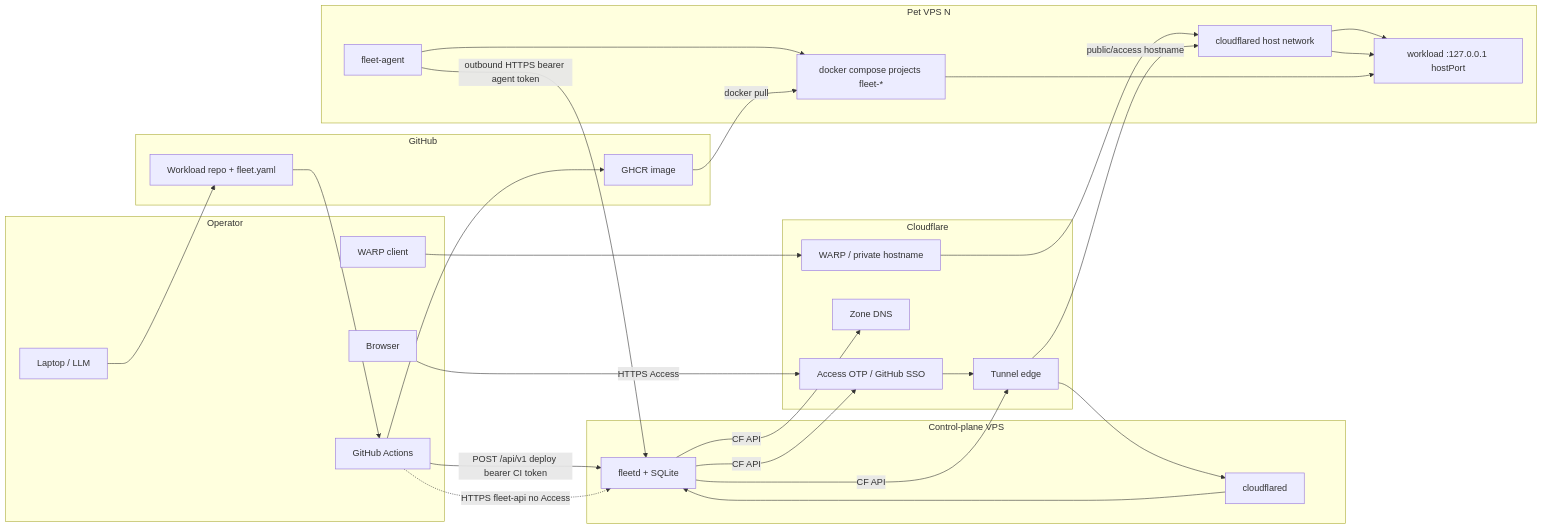
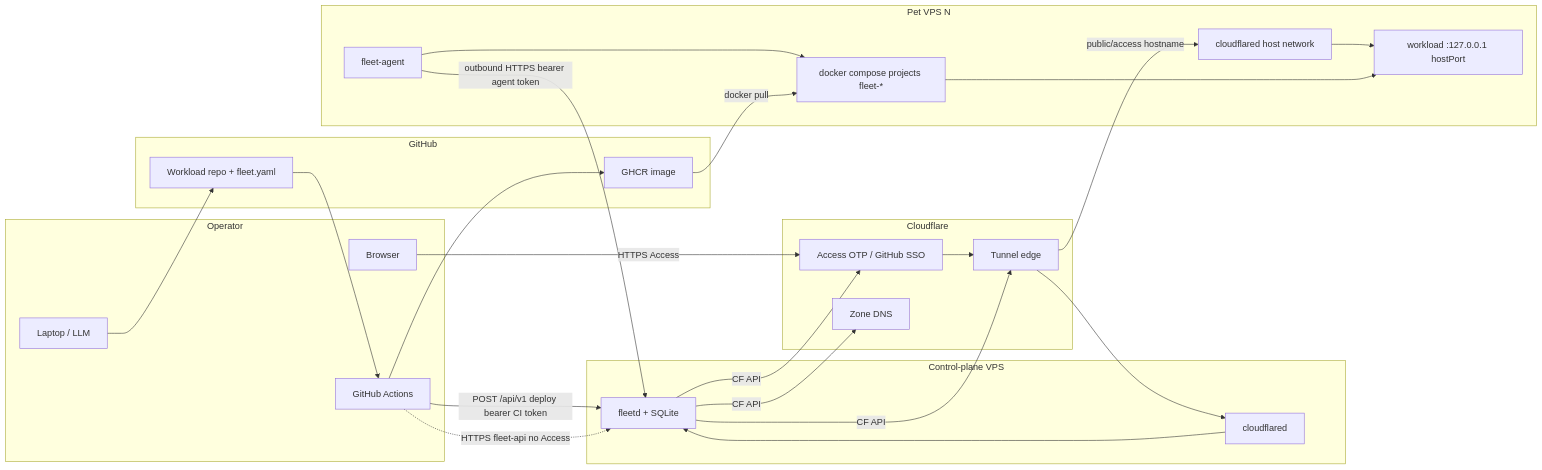
Before and after one commit to fallrising/newclear: the first of 3 diagrams in specs/fleet/docs/SDD.md, drawn with Mermaid. The commit also changed other lines of this file and 36 other files, not shown here.

````diff
--- a/specs/fleet/docs/SDD.md
+++ b/specs/fleet/docs/SDD.md
@@ -139,50 +139,47 @@
 ```mermaid
 flowchart LR
   subgraph Operator
     Dev[Laptop / LLM]
     GHA[GitHub Actions]
     Browser[Browser]
-    Warp[WARP client]
   end
 
   subgraph GitHub
     Repo[Workload repo + fleet.yaml]
     GHCR[GHCR image]
   end
 
   subgraph CF[Cloudflare]
     Edge[Tunnel edge]
     Access[Access OTP / GitHub SSO]
     DNS[Zone DNS]
-    WarpNet[WARP / private hostname]
   end
 
   subgraph CP[Control-plane VPS]
     Fleetd[fleetd + SQLite]
     CFdCP[cloudflared]
   end
 
   subgraph N1[Pet VPS N]
     Agent[fleet-agent]
     CFd[cloudflared host network]
     Comp[docker compose projects fleet-*]
     App[workload :127.0.0.1 hostPort]
   end
 
   Dev --> Repo
   Repo --> GHA
   GHA --> GHCR
   GHA -->|POST /api/v1 deploy bearer CI token| Fleetd
   Browser -->|HTTPS Access| Access
   Access --> Edge
   Edge --> CFdCP --> Fleetd
   GHA -.->|HTTPS fleet-api no Access| Fleetd
   Agent -->|outbound HTTPS bearer agent token| Fleetd
   Fleetd -->|CF API| DNS
   Fleetd -->|CF API| Edge
   Fleetd -->|CF API| Access
-  Warp --> WarpNet --> CFd --> App
   Edge -->|public/access hostname| CFd --> App
   Agent --> Comp --> App
   GHCR -->|docker pull| Comp
 ```
````
